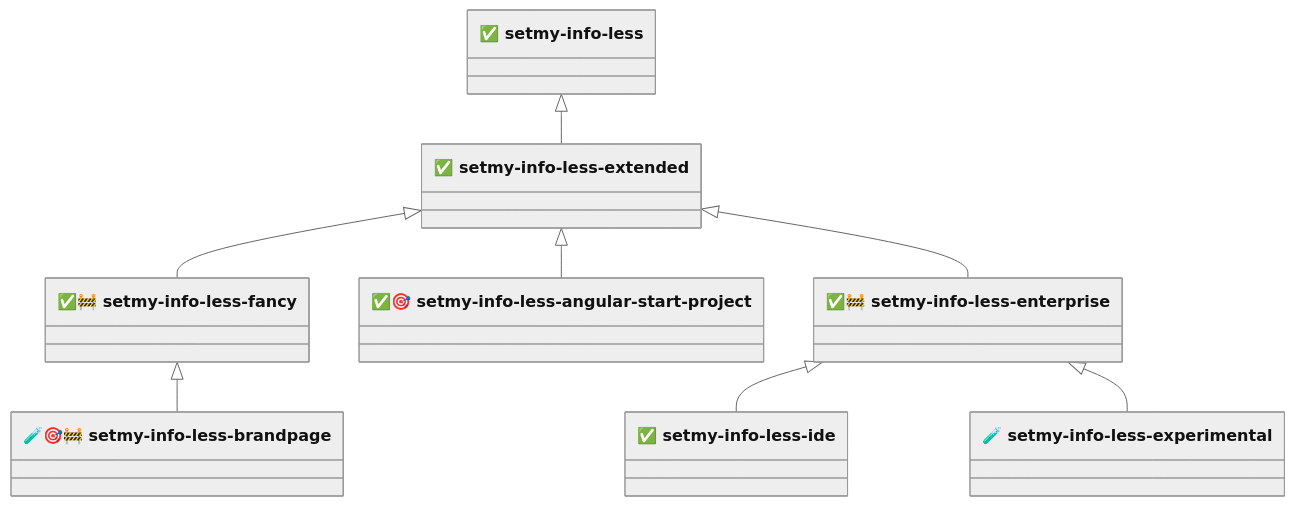
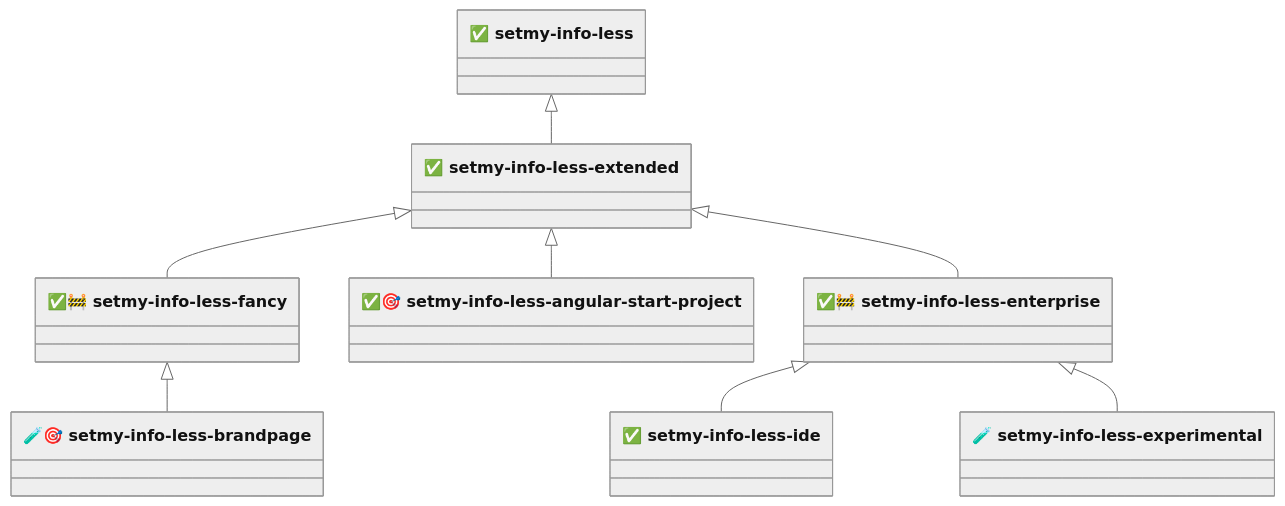
One commit to setmy-info/setmy-info-less changed the diagram in README.md. Above: the diagram before and after it, drawn with Mermaid (neutral theme). The commit also changed other lines of this file and 52 other files, not shown here.

````diff
--- a/README.md
+++ b/README.md
@@ -60,20 +60,20 @@
 ```mermaid
 classDiagram
     direction TB
     class base["✅ setmy-info-less"]
     class extended["✅ setmy-info-less-extended"]
     class fancy["✅🚧 setmy-info-less-fancy"]
-    class brandpage["🧪🎯🚧 setmy-info-less-brandpage"]
+    class brandpage["🧪🎯 setmy-info-less-brandpage"]
     class angular["✅🎯 setmy-info-less-angular-start-project"]
     class enterprise["✅🚧 setmy-info-less-enterprise"]
     class ide["✅ setmy-info-less-ide"]
     class experimental["🧪 setmy-info-less-experimental"]
 
     base <|-- extended
     extended <|-- fancy
     fancy <|-- brandpage
     extended <|-- angular
     extended <|-- enterprise
     enterprise <|-- ide
     enterprise <|-- experimental
 ```
````
